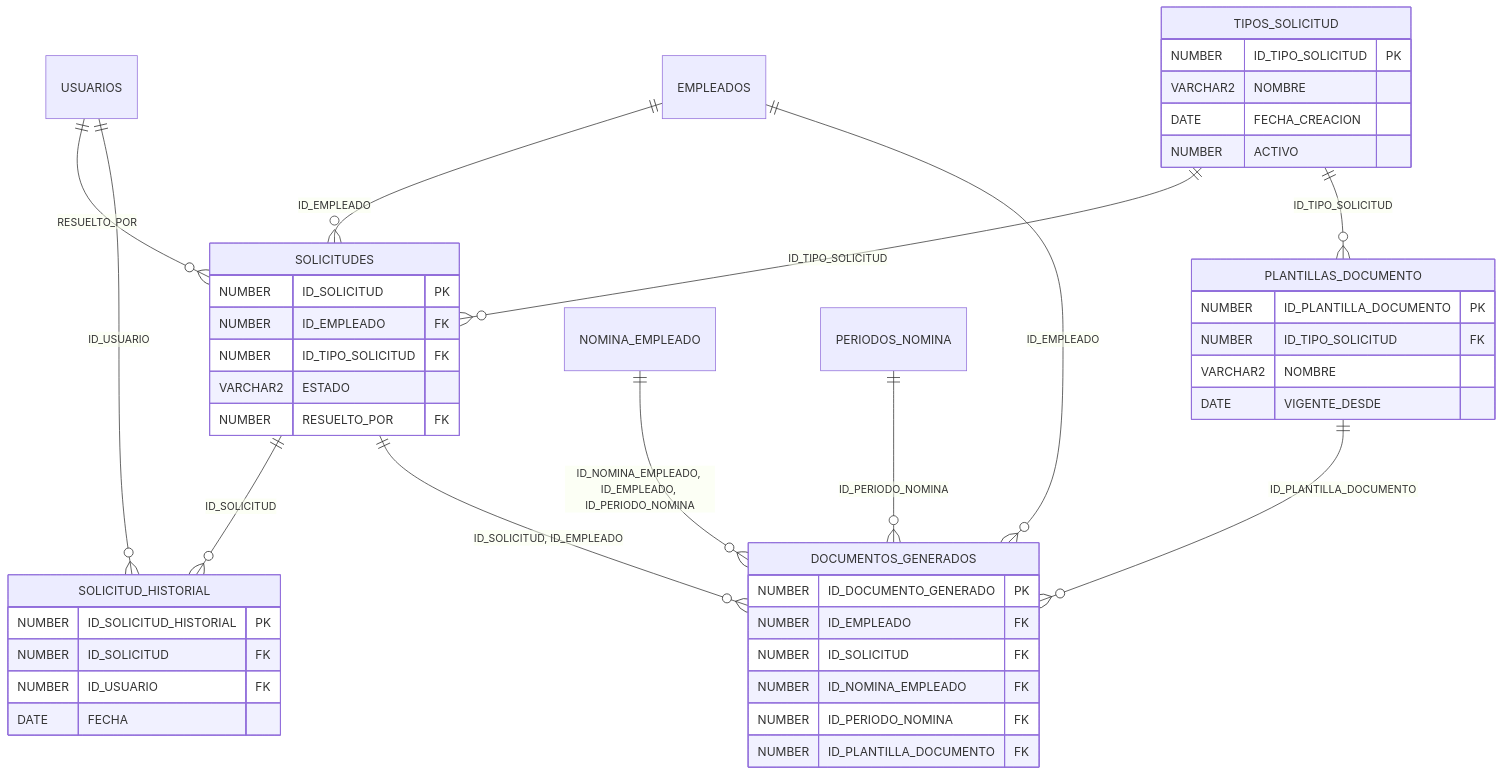
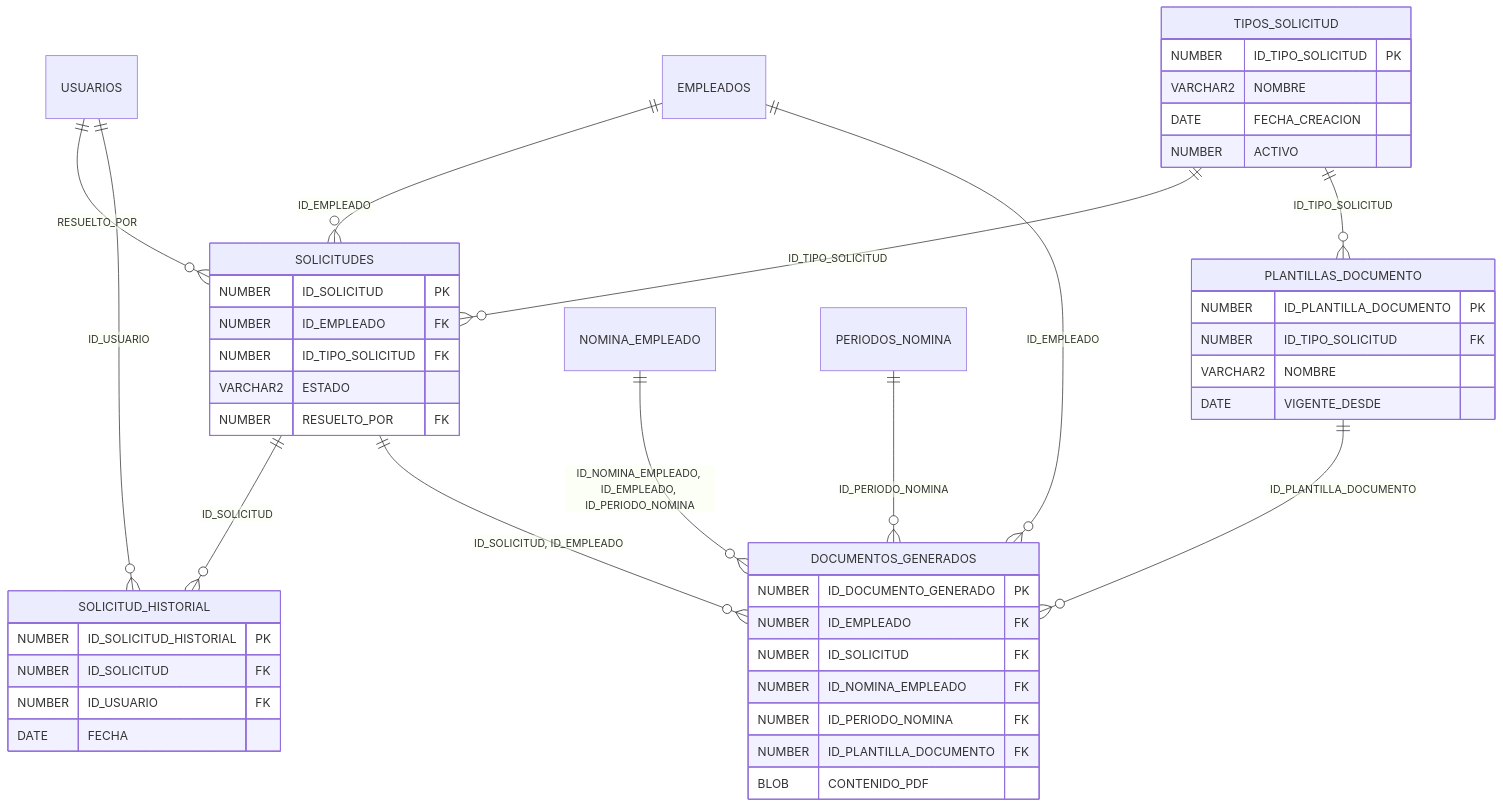
Diagram 11 of 16 in docs/ERD.md (emartinez-umg/Nomina_2), drawn with Mermaid before and after one commit. The commit also changed other lines of this file and 40 other files, not shown here.

````diff
--- a/docs/ERD.md
+++ b/docs/ERD.md
@@ -550,47 +550,48 @@
 ```mermaid
 erDiagram
     TIPOS_SOLICITUD {
         NUMBER ID_TIPO_SOLICITUD PK
         VARCHAR2 NOMBRE
         DATE FECHA_CREACION
         NUMBER ACTIVO
     }
     SOLICITUDES {
         NUMBER ID_SOLICITUD PK
         NUMBER ID_EMPLEADO FK
         NUMBER ID_TIPO_SOLICITUD FK
         VARCHAR2 ESTADO
         NUMBER RESUELTO_POR FK
     }
     SOLICITUD_HISTORIAL {
         NUMBER ID_SOLICITUD_HISTORIAL PK
         NUMBER ID_SOLICITUD FK
         NUMBER ID_USUARIO FK
         DATE FECHA
     }
     PLANTILLAS_DOCUMENTO {
         NUMBER ID_PLANTILLA_DOCUMENTO PK
         NUMBER ID_TIPO_SOLICITUD FK
         VARCHAR2 NOMBRE
         DATE VIGENTE_DESDE
     }
     DOCUMENTOS_GENERADOS {
         NUMBER ID_DOCUMENTO_GENERADO PK
         NUMBER ID_EMPLEADO FK
         NUMBER ID_SOLICITUD FK
         NUMBER ID_NOMINA_EMPLEADO FK
         NUMBER ID_PERIODO_NOMINA FK
         NUMBER ID_PLANTILLA_DOCUMENTO FK
+        BLOB CONTENIDO_PDF
     }
     EMPLEADOS ||--o{ SOLICITUDES : "ID_EMPLEADO"
     TIPOS_SOLICITUD ||--o{ SOLICITUDES : "ID_TIPO_SOLICITUD"
     USUARIOS ||--o{ SOLICITUDES : "RESUELTO_POR"
     SOLICITUDES ||--o{ SOLICITUD_HISTORIAL : "ID_SOLICITUD"
     USUARIOS ||--o{ SOLICITUD_HISTORIAL : "ID_USUARIO"
     TIPOS_SOLICITUD ||--o{ PLANTILLAS_DOCUMENTO : "ID_TIPO_SOLICITUD"
     EMPLEADOS ||--o{ DOCUMENTOS_GENERADOS : "ID_EMPLEADO"
     SOLICITUDES ||--o{ DOCUMENTOS_GENERADOS : "ID_SOLICITUD, ID_EMPLEADO"
     NOMINA_EMPLEADO ||--o{ DOCUMENTOS_GENERADOS : "ID_NOMINA_EMPLEADO, ID_EMPLEADO, ID_PERIODO_NOMINA"
     PERIODOS_NOMINA ||--o{ DOCUMENTOS_GENERADOS : "ID_PERIODO_NOMINA"
     PLANTILLAS_DOCUMENTO ||--o{ DOCUMENTOS_GENERADOS : "ID_PLANTILLA_DOCUMENTO"
 ```
````
